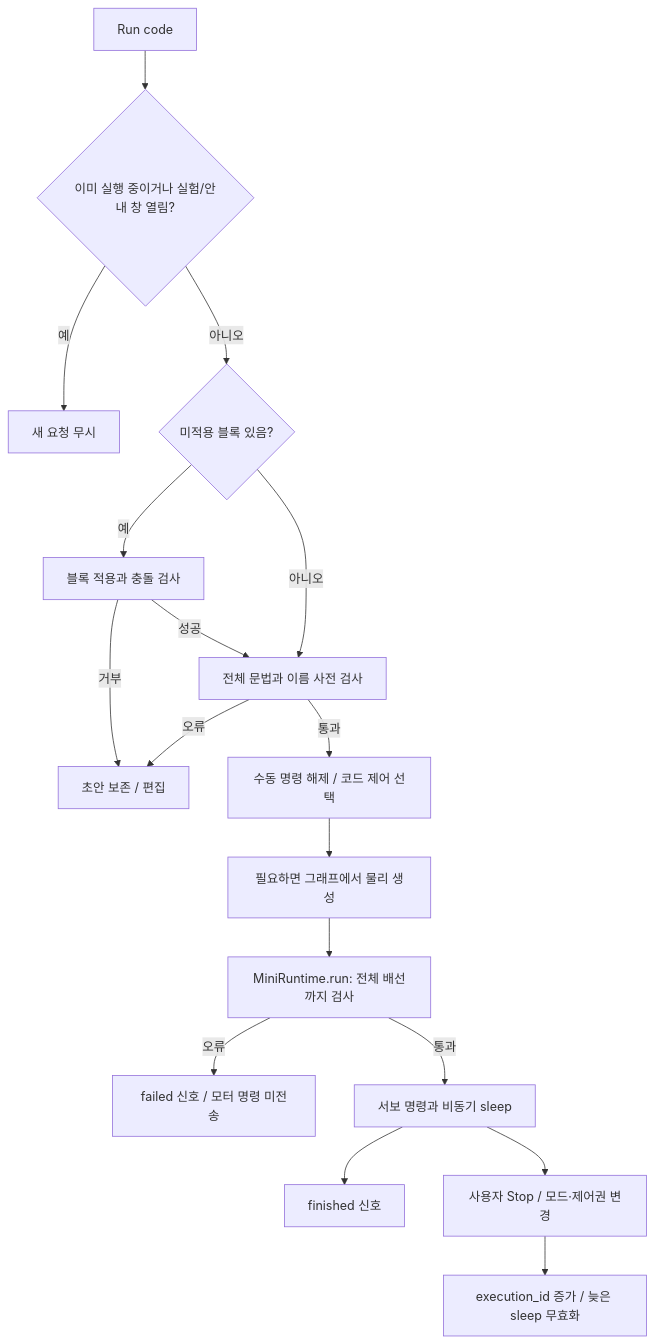
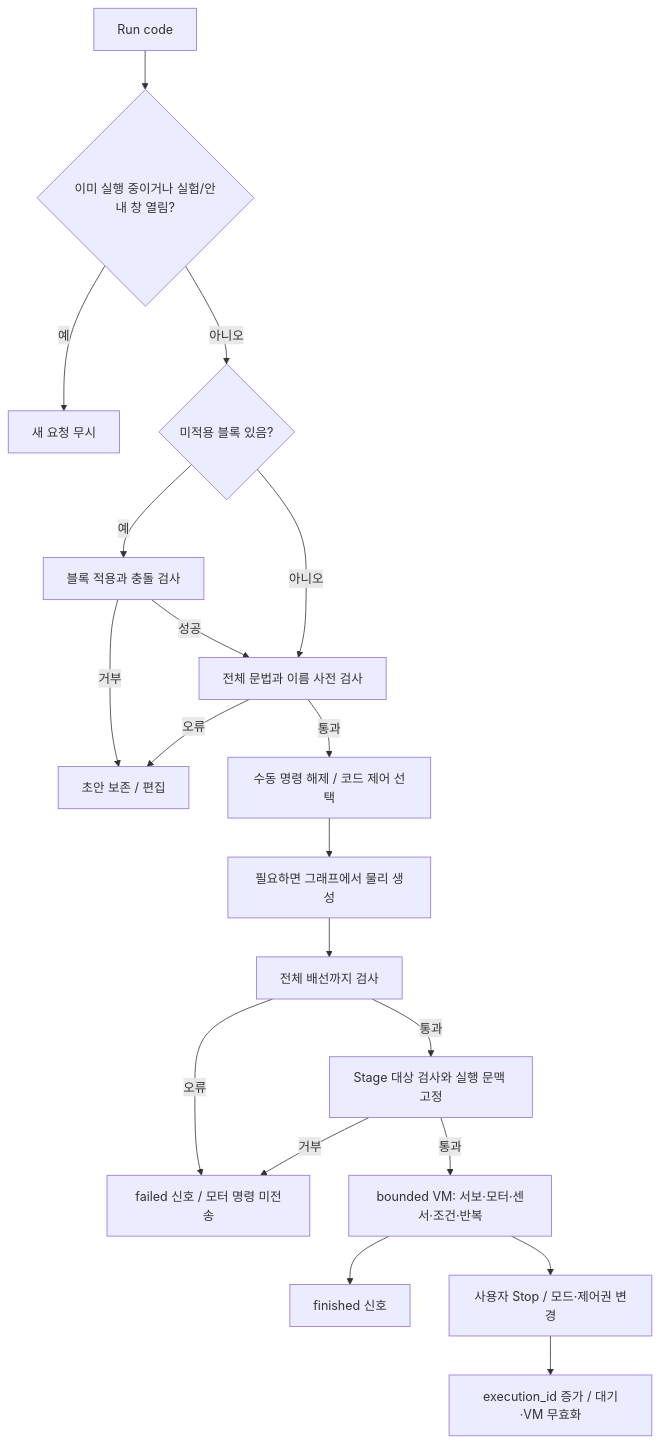
Before and after one commit to Bum-Boo/ssok: the first of 4 diagrams in docs/FLOWS.md, drawn with Mermaid. The commit also changed other lines of this file and 29 other files, not shown here.

````diff
--- a/docs/FLOWS.md
+++ b/docs/FLOWS.md
@@ -7,19 +7,21 @@
 ```mermaid
 flowchart TD
     Click[Run code] --> Busy{이미 실행 중이거나 실험/안내 창 열림?}
     Busy -->|예| Ignore[새 요청 무시]
     Busy -->|아니오| Draft{미적용 블록 있음?}
     Draft -->|예| Apply[블록 적용과 충돌 검사]
     Apply -->|거부| Edit[초안 보존 / 편집]
     Apply -->|성공| Syntax[전체 문법과 이름 사전 검사]
     Draft -->|아니오| Syntax
     Syntax -->|오류| Edit
     Syntax -->|통과| Owner[수동 명령 해제 / 코드 제어 선택]
     Owner --> Build[필요하면 그래프에서 물리 생성]
-    Build --> Validate[MiniRuntime.run: 전체 배선까지 검사]
+    Build --> Validate[전체 배선까지 검사]
     Validate -->|오류| Error[failed 신호 / 모터 명령 미전송]
-    Validate -->|통과| Execute[서보 명령과 비동기 sleep]
+    Validate -->|통과| Goal[Stage 대상 검사와 실행 문맥 고정]
+    Goal -->|거부| Error
+    Goal -->|통과| Execute[bounded VM: 서보·모터·센서·조건·반복]
     Execute --> Complete[finished 신호]
     Execute --> Stop[사용자 Stop / 모드·제어권 변경]
-    Stop --> Invalidate[execution_id 증가 / 늦은 sleep 무효화]
+    Stop --> Invalidate[execution_id 증가 / 대기·VM 무효화]
 ```
````
